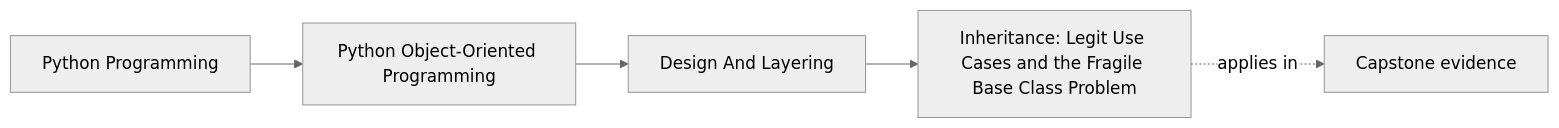
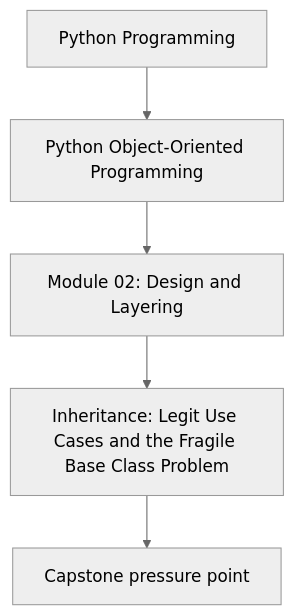
The first of 2 diagrams in programs/python-programming/python-object-oriented-programming/course-book/module-02-design-and-layering/inheritance-and-fragile-base-classes.md (bijux/bijux-masterclass), drawn with Mermaid (neutral theme) before and after one commit. The commit also changed other lines of this file and 107 other files, not shown here.

Commit message:
docs(python-object-oriented-programming): align concept page diagrams

````diff
--- a/programs/python-programming/python-object-oriented-programming/course-book/module-02-design-and-layering/inheritance-and-fragile-base-classes.md
+++ b/programs/python-programming/python-object-oriented-programming/course-book/module-02-design-and-layering/inheritance-and-fragile-base-classes.md
@@ -7,11 +7,7 @@
 ```mermaid
-graph LR
-  family["Python Programming"]
-  program["Python Object-Oriented Programming"]
-  section["Design And Layering"]
-  page["Inheritance: Legit Use Cases and the Fragile Base Class Problem"]
-  capstone["Capstone evidence"]
-
-  family --> program --> section --> page
-  page -.applies in.-> capstone
+flowchart TD
+  family["Python Programming"] --> program["Python Object-Oriented Programming"]
+  program --> module["Module 02: Design and Layering"]
+  module --> concept["Inheritance: Legit Use Cases and the Fragile Base Class Problem"]
+  concept --> capstone["Capstone pressure point"]
 ```
````
